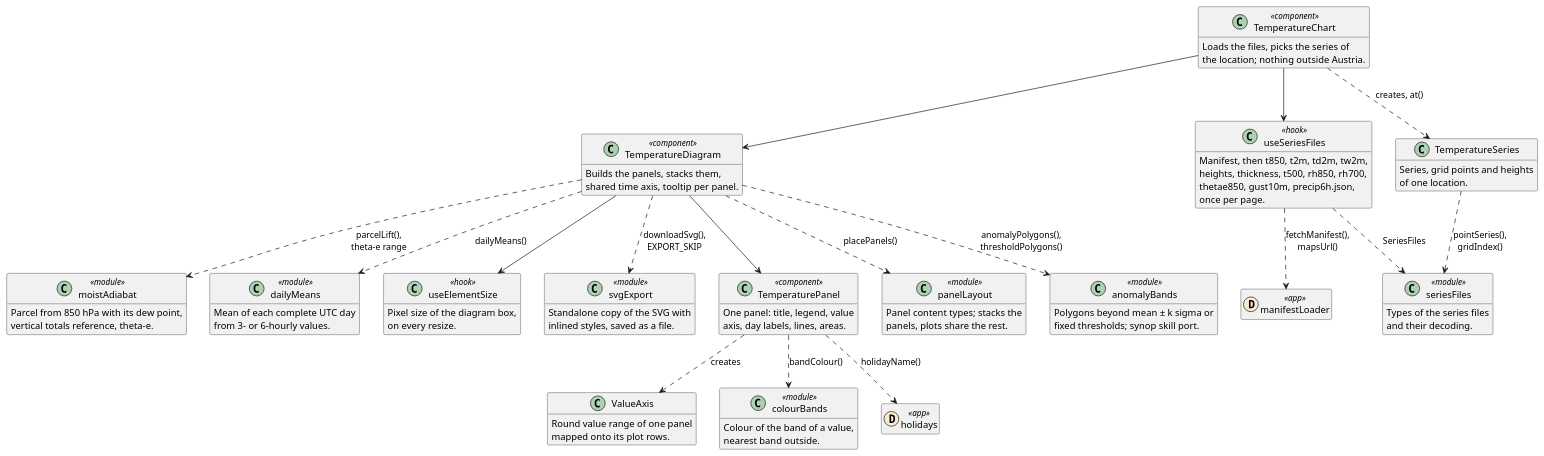
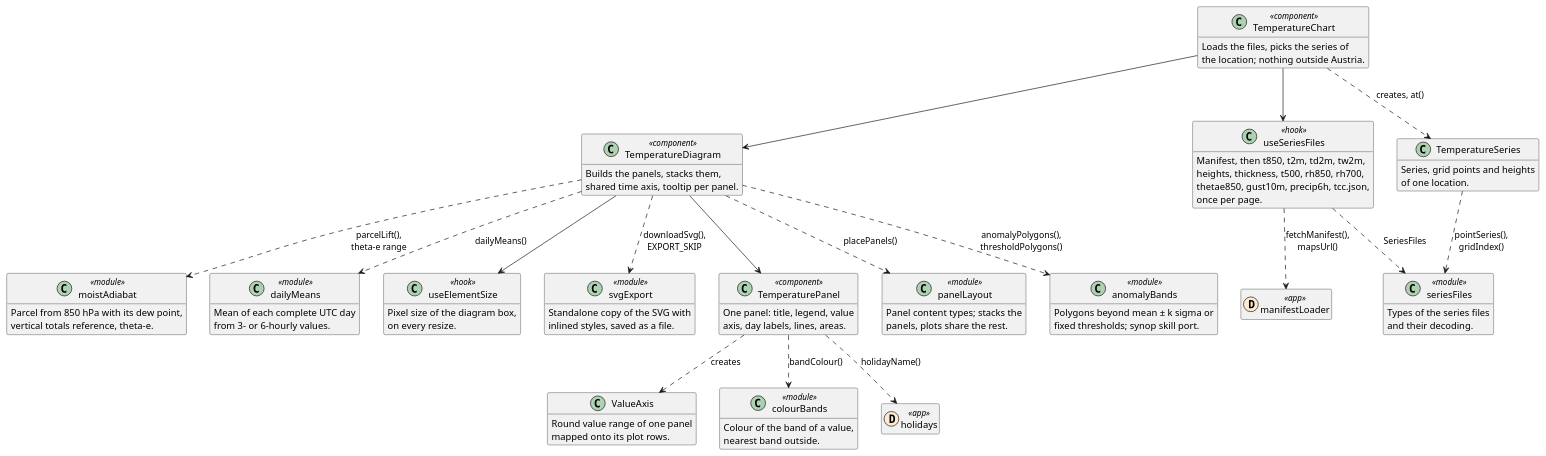
The second of 4 diagrams in REFERENCE.webapp.md (schletz/wetterkartenviewer), drawn with PlantUML before and after one commit. The commit also changed other lines of this file and 15 other files, not shown here.

````diff
--- a/REFERENCE.webapp.md
+++ b/REFERENCE.webapp.md
@@ -173,81 +173,81 @@
 ```plantuml
 @startuml temperature
 hide empty members
 class TemperatureChart <<component>> {
  Loads the files, picks the series of
  the location; nothing outside Austria.
 }
 class TemperatureDiagram <<component>> {
  Builds the panels, stacks them,
  shared time axis, tooltip per panel.
 }
 class TemperaturePanel <<component>> {
  One panel: title, legend, value
  axis, day labels, lines, areas.
 }
 class useSeriesFiles <<hook>> {
  Manifest, then t850, t2m, td2m, tw2m,
  heights, thickness, t500, rh850, rh700,
- thetae850, gust10m, precip6h.json,
+ thetae850, gust10m, precip6h, tcc.json,
  once per page.
 }
 class TemperatureSeries {
  Series, grid points and heights
  of one location.
 }
 class panelLayout <<module>> {
  Panel content types; stacks the
  panels, plots share the rest.
 }
 class ValueAxis {
  Round value range of one panel
  mapped onto its plot rows.
 }
 class anomalyBands <<module>> {
  Polygons beyond mean ± k sigma or
  fixed thresholds; synop skill port.
 }
 class moistAdiabat <<module>> {
  Parcel from 850 hPa with its dew point,
  vertical totals reference, theta-e.
 }
 class dailyMeans <<module>> {
  Mean of each complete UTC day
  from 3- or 6-hourly values.
 }
 class colourBands <<module>> {
  Colour of the band of a value,
  nearest band outside.
 }
 class seriesFiles <<module>> {
  Types of the series files
  and their decoding.
 }
 class useElementSize <<hook>> {
  Pixel size of the diagram box,
  on every resize.
 }
 class svgExport <<module>> {
  Standalone copy of the SVG with
  inlined styles, saved as a file.
 }
 class manifestLoader << (D,#fdebd1) app >>
 class holidays << (D,#fdebd1) app >>
 TemperatureChart --> useSeriesFiles
 TemperatureChart ..> TemperatureSeries : creates, at()
 TemperatureChart --> TemperatureDiagram
 useSeriesFiles ..> manifestLoader : fetchManifest(),\nmapsUrl()
 useSeriesFiles ..> seriesFiles : SeriesFiles
 TemperatureSeries ..> seriesFiles : pointSeries(),\ngridIndex()
 TemperatureDiagram ..> panelLayout : placePanels()
 TemperatureDiagram ..> anomalyBands : anomalyPolygons(),\nthresholdPolygons()
 TemperatureDiagram ..> moistAdiabat : parcelLift(),\ntheta-e range
 TemperatureDiagram ..> dailyMeans : dailyMeans()
 TemperatureDiagram --> TemperaturePanel
 TemperatureDiagram --> useElementSize
 TemperatureDiagram ..> svgExport : downloadSvg(),\nEXPORT_SKIP
 TemperaturePanel ..> ValueAxis : creates
 TemperaturePanel ..> holidays : holidayName()
 TemperaturePanel ..> colourBands : bandColour()
 @enduml
 ```
````
